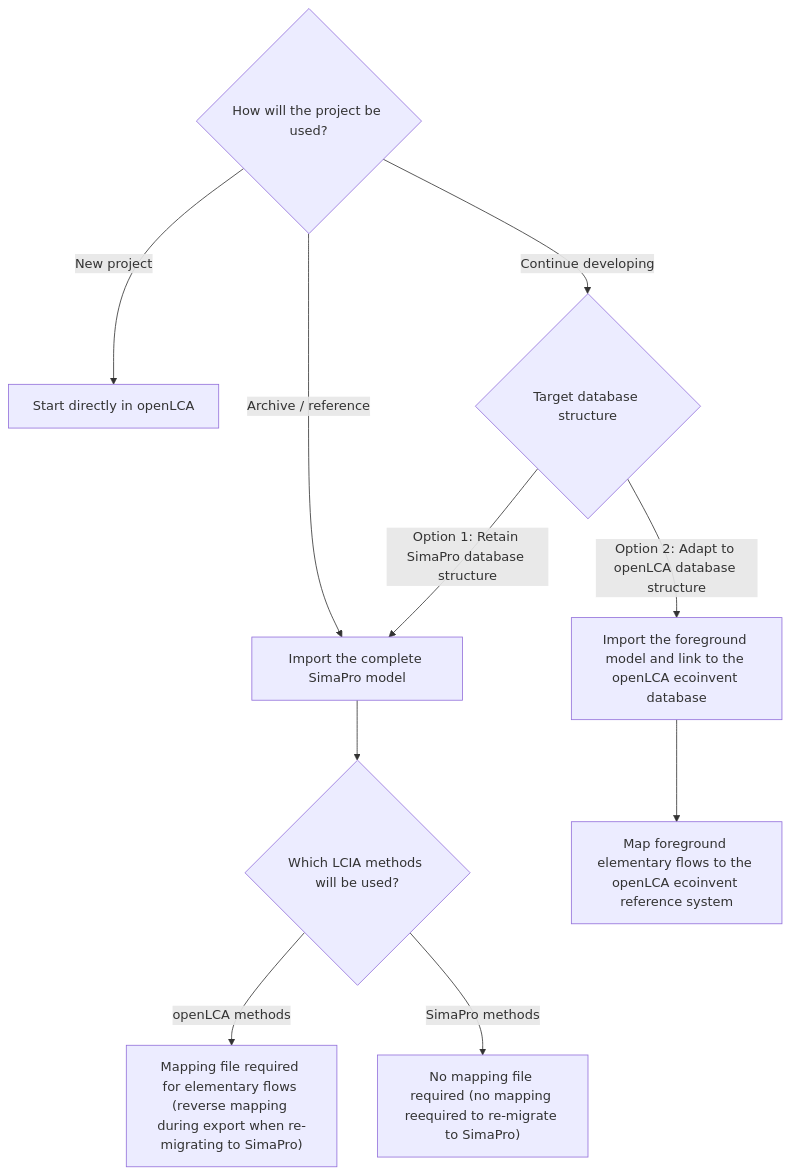
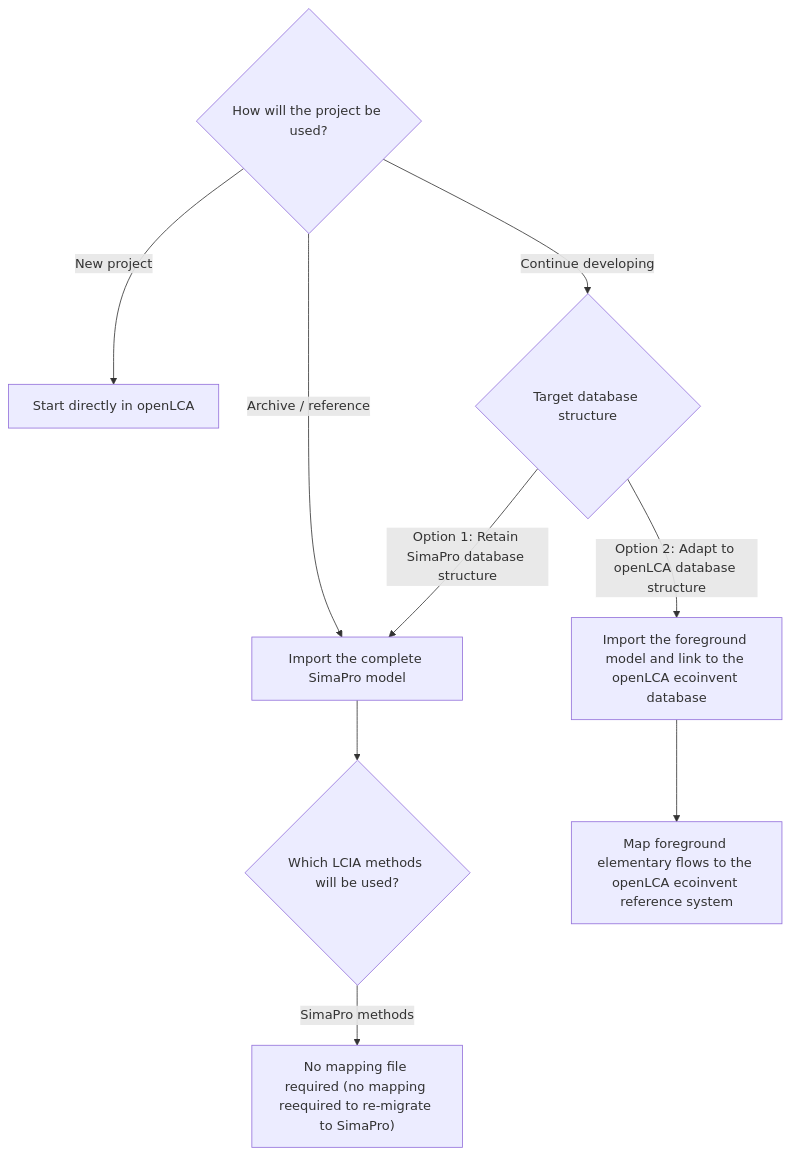
The diagram in src/migrating_other_software.md (GreenDelta/openLCA2-manual), drawn with Mermaid before and after one commit.

Commit message:
minor text edit
minor text edit

````diff
--- a/src/migrating_other_software.md
+++ b/src/migrating_other_software.md
@@ -30,18 +30,17 @@
 ```mermaid
 flowchart TD
     A{"How will the project be used?"}
 
     A -->|New project| B["Start directly in openLCA"]
     A -->|Archive / reference| C["Import the complete SimaPro model"]
     A -->|Continue developing| D{"Target database structure"}
 
     D -->|Option 1: Retain SimaPro database structure| C
     D -->|Option 2: Adapt to openLCA database structure| E["Import the foreground model and link to the openLCA ecoinvent database"]
 
     C --> F{"Which LCIA methods will be used?"}
 
-    F -->|openLCA methods| G["Mapping file required for elementary flows (reverse mapping during export when re-migrating to SimaPro)"]
     F -->|SimaPro methods| H["No mapping file required (no mapping reequired to re-migrate to SimaPro)"]
 
     E --> I["Map foreground elementary flows to the openLCA ecoinvent reference system"]
 ```
````
